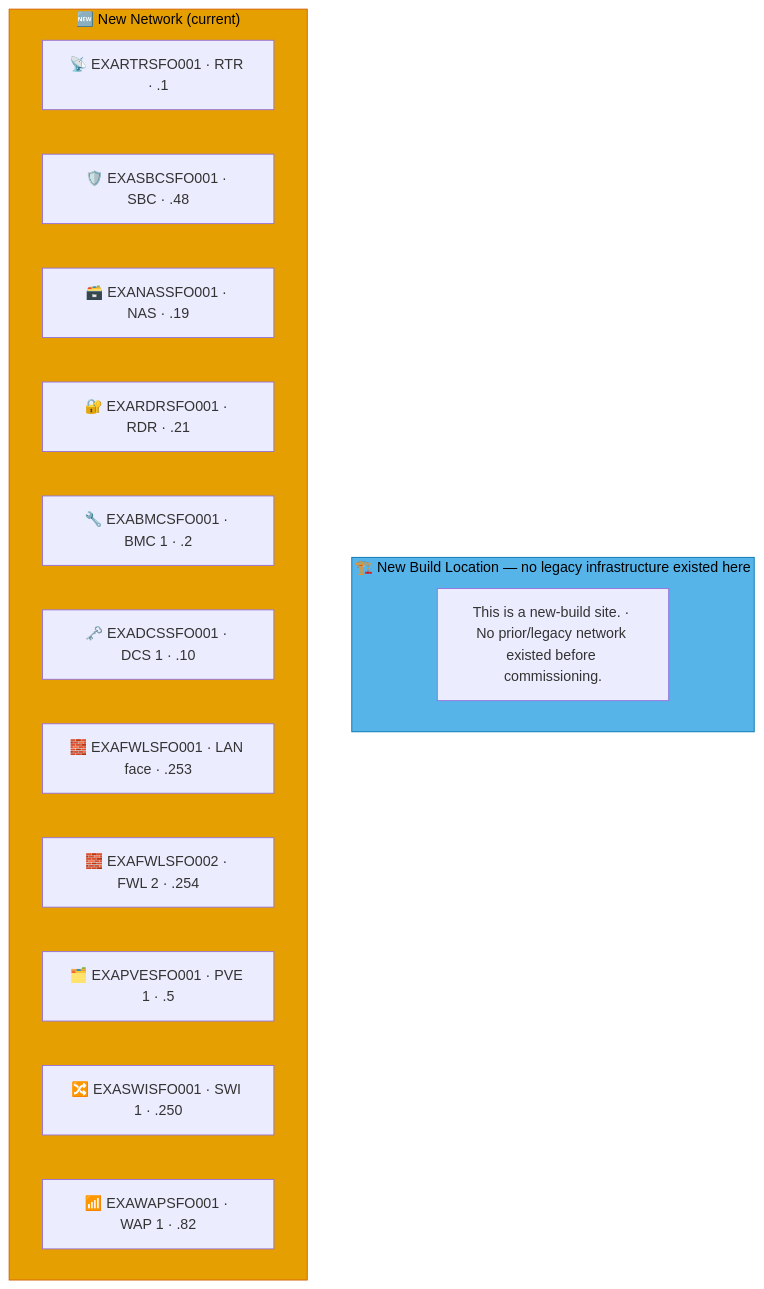
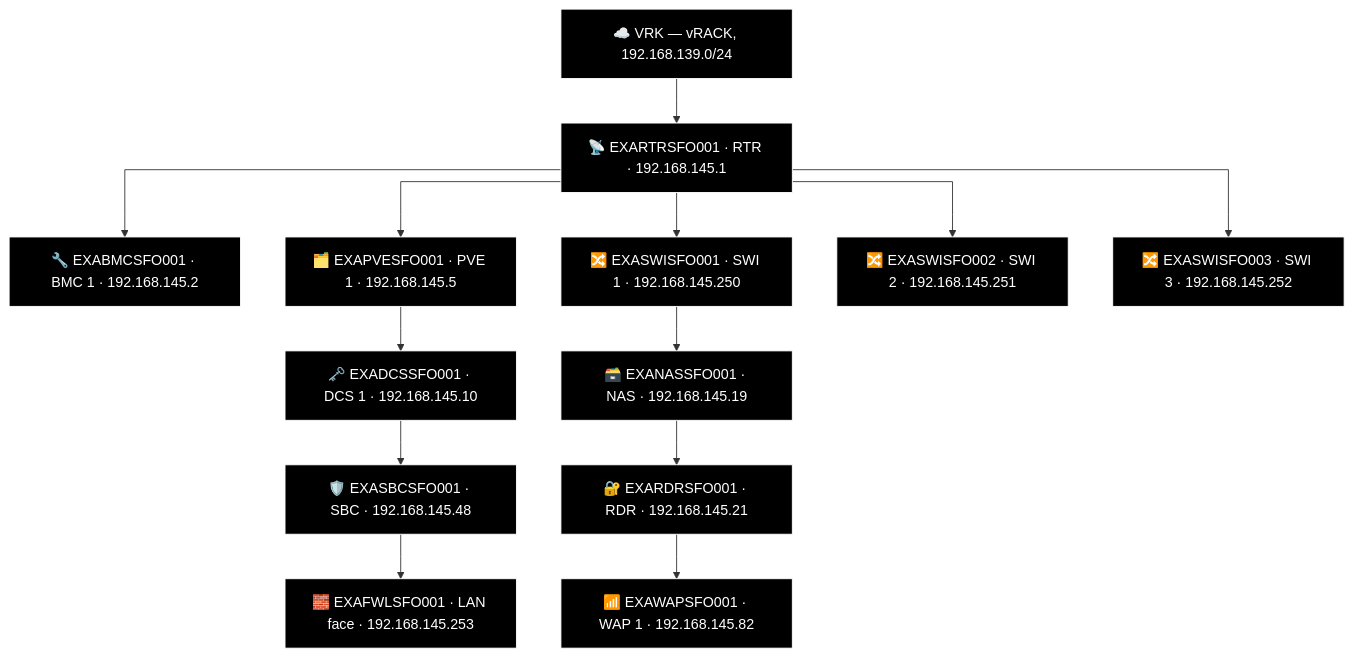
Diagram 16 of 16 in docs/network-diagram/united-states.md (knightmare2600/example_music_infra), drawn with Mermaid before and after one commit. The commit also changed other lines of this file and 35 other files, not shown here.

````diff
--- a/docs/network-diagram/united-states.md
+++ b/docs/network-diagram/united-states.md
@@ -386,23 +576,40 @@
 ```mermaid
+%% GENERATED:TOPOLOGY:SFO:START
+%%{init: {'flowchart': {'curve': 'stepAfter'}}}%%
 graph TD
-    subgraph OLD_SFO ["🏗️ New Build Location — no legacy infrastructure existed here"]
-      N_OLD_NOTE["This is a new-build site. · No prior/legacy network existed before commissioning."]
-    end
-    style OLD_SFO fill:#56B4E9,stroke:#0072B2,color:#000000
-    %% GENERATED:NEW-NETWORK:SFO:START
-    subgraph NEW_SFO ["🆕 New Network (current)"]
-      N_RTR["📡 EXARTRSFO001 · RTR · .1"]
-      N_SBC["🛡️ EXASBCSFO001 · SBC · .48"]
-      N_NAS["🗃️ EXANASSFO001 · NAS · .19"]
-      N_RDR["🔐 EXARDRSFO001 · RDR · .21"]
-      N_BMC["🔧 EXABMCSFO001 · BMC 1 · .2"]
-      N_DCS["🗝️ EXADCSSFO001 · DCS 1 · .10"]
-      N_FWL["🧱 EXAFWLSFO001 · LAN face · .253"]
-      N_FWL2["🧱 EXAFWLSFO002 · FWL 2 · .254"]
-      N_PVE["🗂️ EXAPVESFO001 · PVE 1 · .5"]
-      N_SWI["🔀 EXASWISFO001 · SWI 1 · .250"]
-      N_WAP["📶 EXAWAPSFO001 · WAP 1 · .82"]
-    end
-    style NEW_SFO fill:#E69F00,stroke:#D55E00,color:#000000
-    %% GENERATED:NEW-NETWORK:SFO:END
+    T_VRK["☁️ VRK — vRACK, 192.168.139.0/24"]
+    T_RTR["📡 EXARTRSFO001 · RTR · 192.168.145.1"]
+    T_VRK --> T_RTR
+    T_BMC["🔧 EXABMCSFO001 · BMC 1 · 192.168.145.2"]
+    T_RTR --> T_BMC
+    T_PVE["🗂️ EXAPVESFO001 · PVE 1 · 192.168.145.5"]
+    T_RTR --> T_PVE
+    T_SWI["🔀 EXASWISFO001 · SWI 1 · 192.168.145.250"]
+    T_RTR --> T_SWI
+    T_SWI2["🔀 EXASWISFO002 · SWI 2 · 192.168.145.251"]
+    T_RTR --> T_SWI2
+    T_SWI3["🔀 EXASWISFO003 · SWI 3 · 192.168.145.252"]
+    T_RTR --> T_SWI3
+    T_NAS["🗃️ EXANASSFO001 · NAS · 192.168.145.19"]
+    T_RDR["🔐 EXARDRSFO001 · RDR · 192.168.145.21"]
+    T_WAP["📶 EXAWAPSFO001 · WAP 1 · 192.168.145.82"]
+    T_SWI --> T_NAS --> T_RDR --> T_WAP
+    T_DCS["🗝️ EXADCSSFO001 · DCS 1 · 192.168.145.10"]
+    T_SBC["🛡️ EXASBCSFO001 · SBC · 192.168.145.48"]
+    T_FWL["🧱 EXAFWLSFO001 · LAN face · 192.168.145.253"]
+    T_PVE --> T_DCS --> T_SBC --> T_FWL
+    style T_VRK fill:#000000,stroke:#FFFFFF,color:#FFFFFF
+    style T_RTR fill:#000000,stroke:#FFFFFF,color:#FFFFFF
+    style T_BMC fill:#000000,stroke:#FFFFFF,color:#FFFFFF
+    style T_PVE fill:#000000,stroke:#FFFFFF,color:#FFFFFF
+    style T_SWI fill:#000000,stroke:#FFFFFF,color:#FFFFFF
+    style T_SWI2 fill:#000000,stroke:#FFFFFF,color:#FFFFFF
+    style T_SWI3 fill:#000000,stroke:#FFFFFF,color:#FFFFFF
+    style T_NAS fill:#000000,stroke:#FFFFFF,color:#FFFFFF
+    style T_RDR fill:#000000,stroke:#FFFFFF,color:#FFFFFF
+    style T_WAP fill:#000000,stroke:#FFFFFF,color:#FFFFFF
+    style T_DCS fill:#000000,stroke:#FFFFFF,color:#FFFFFF
+    style T_SBC fill:#000000,stroke:#FFFFFF,color:#FFFFFF
+    style T_FWL fill:#000000,stroke:#FFFFFF,color:#FFFFFF
+%% GENERATED:TOPOLOGY:SFO:END
 ```
````
